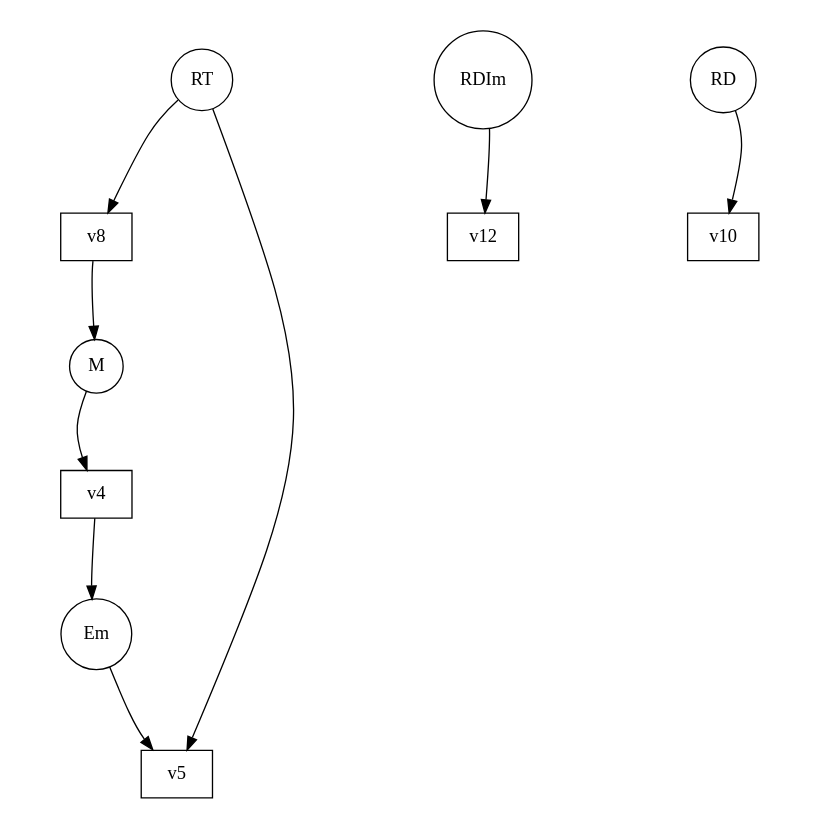
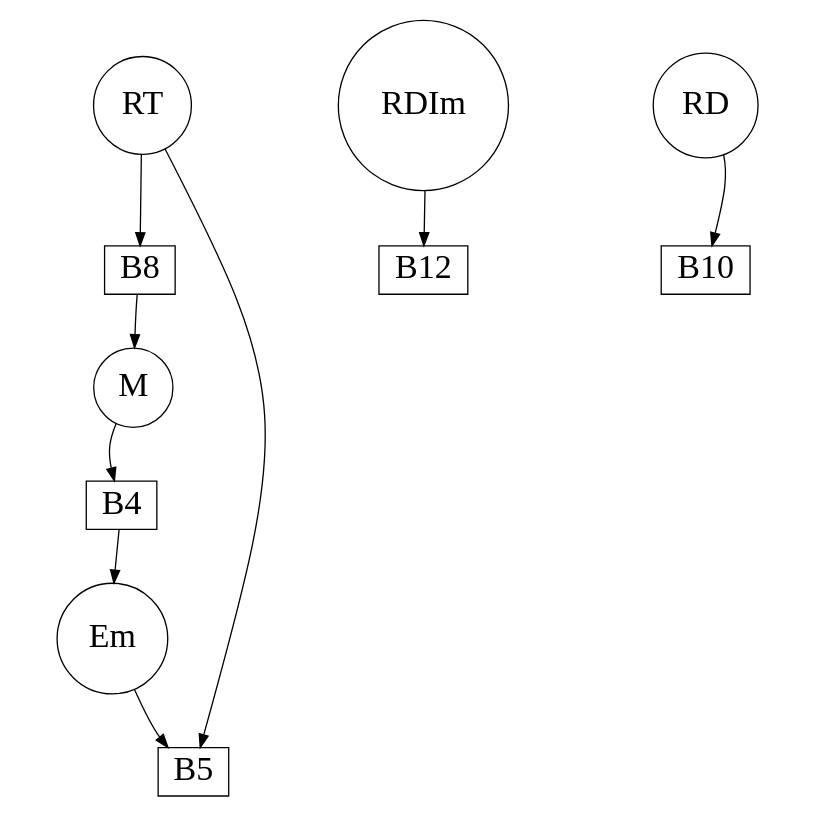
One commit to gratelpy/gratelpy-supplementary-information changed the diagram in cdc42_network_in_yeast/order_5/goryachev_model_order_5_frag_7_sg_2.dot. Above: the diagram before and after it, drawn with Graphviz. The commit also changed 618 other files, not shown here.

```diff
--- a/cdc42_network_in_yeast/order_5/goryachev_model_order_5_frag_7_sg_2.dot
+++ b/cdc42_network_in_yeast/order_5/goryachev_model_order_5_frag_7_sg_2.dot
@@ -1,26 +1,25 @@
 strict digraph G {
 remincross="true";
 ratio="fill";
 splines="curved";
 overlap="true";
-fontsize="26";
 size="8.3,8.3";
-RT [shape="circle", pos="80.0,240.0!"];
-Em [shape="circle", pos="0.0,280.0!"];
-v12 [shape="box", pos="280.0,0.0!"];
-RD [shape="circle", pos="200.0,160.0!"];
-v10 [shape="box", pos="160.0,80.0!"];
-v5 [shape="box", pos="0.0,160.0!"];
-v4 [shape="box", pos="80.0,360.0!"];
-RDIm [shape="circle", pos="300.0,80.0!"];
-M [shape="circle", pos="260.0,360.0!"];
-v8 [shape="box", pos="160.0,320.0!"];
-v4 -> Em;
-RDIm -> v12;
-v8 -> M;
-RT -> v8;
-RD -> v10;
-M -> v4;
-Em -> v5;
-v5 -> RT;
+RT [shape="circle", fontsize=26, pos="80.0,240.0!"];
+Em [shape="circle", fontsize=26, pos="0.0,280.0!"];
+B12 [shape="box", fontsize=26, pos="280.0,0.0!"];
+RD [shape="circle", fontsize=26, pos="200.0,160.0!"];
+B10 [shape="box", fontsize=26, pos="160.0,80.0!"];
+B5 [shape="box", fontsize=26, pos="0.0,160.0!"];
+B4 [shape="box", fontsize=26, pos="80.0,360.0!"];
+RDIm [shape="circle", fontsize=26, pos="300.0,80.0!"];
+M [shape="circle", fontsize=26, pos="260.0,360.0!"];
+B8 [shape="box", fontsize=26, pos="160.0,320.0!"];
+B4 -> Em;
+RDIm -> B12;
+B8 -> M;
+RT -> B8;
+RD -> B10;
+M -> B4;
+Em -> B5;
+B5 -> RT;
 }
```
